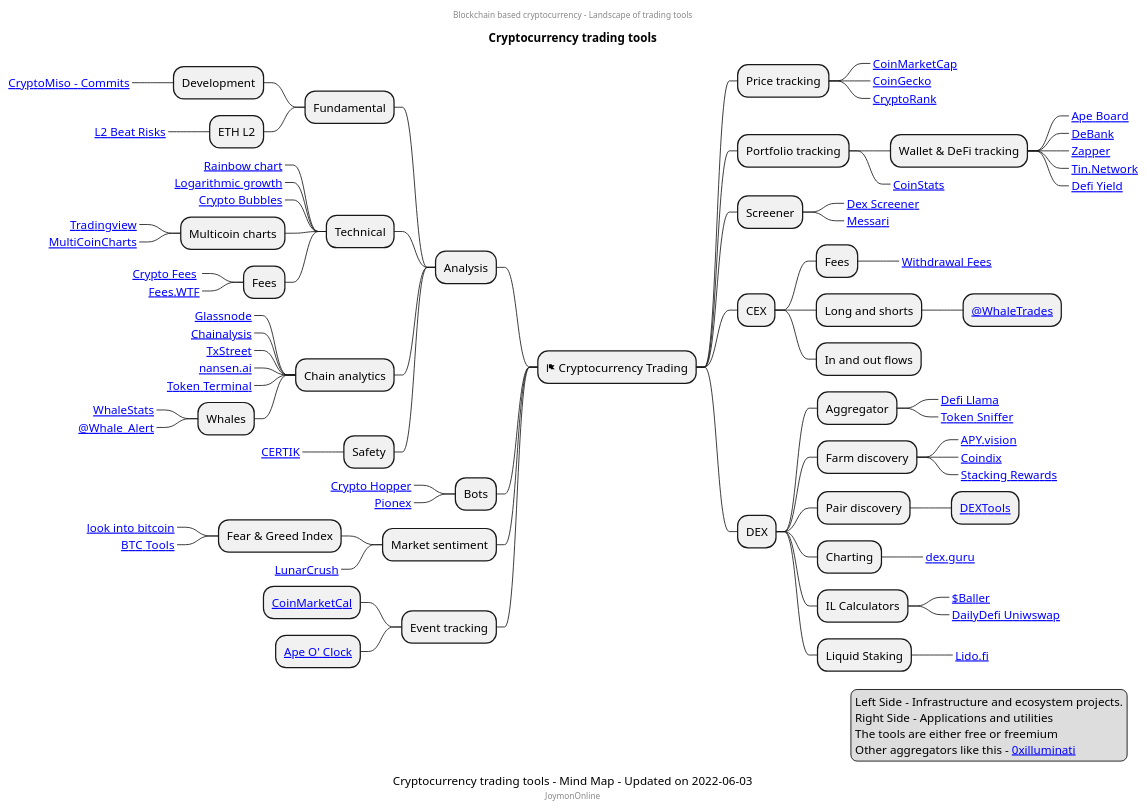
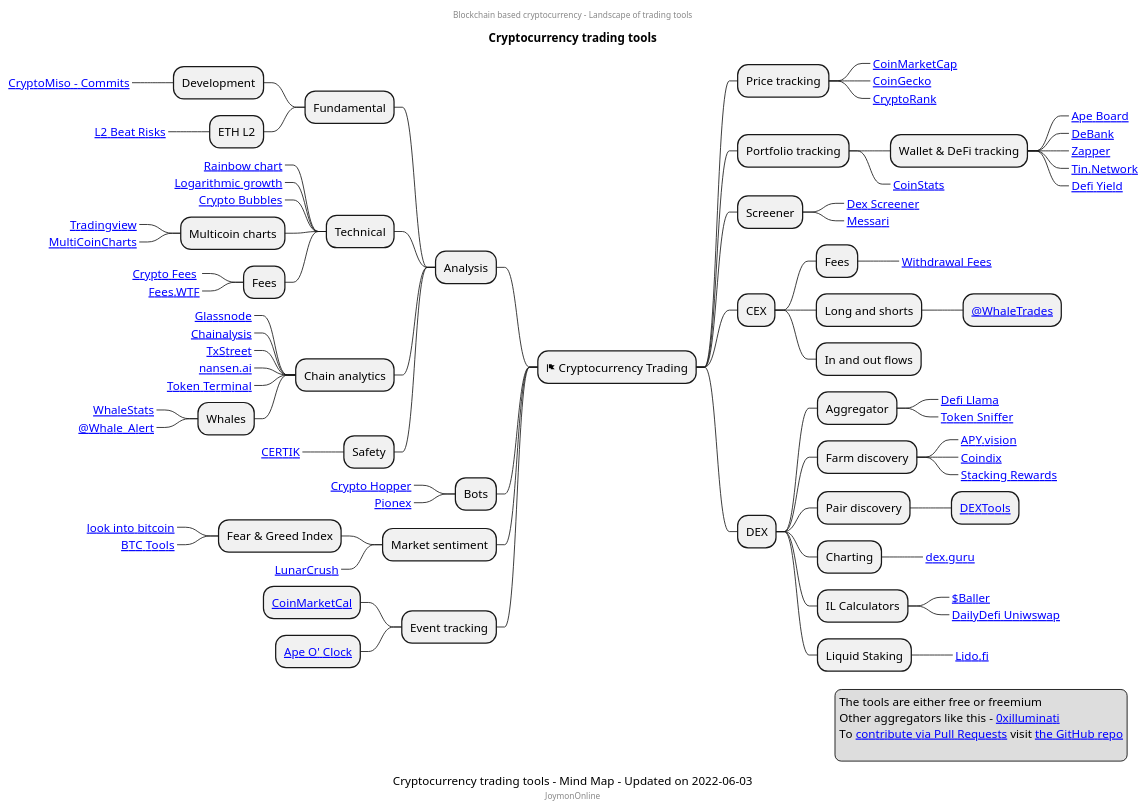
The diagram in cryptocurrency/trading-tools.puml (mind-maps/blockchain), drawn with PlantUML before and after one commit.

```diff
--- a/cryptocurrency/trading-tools.puml
+++ b/cryptocurrency/trading-tools.puml
@@ -1,103 +1,103 @@
 @startmindmap
 center header
 Blockchain based cryptocurrency - Landscape of trading tools
 endheader
 title Cryptocurrency trading tools
 center footer JoymonOnline
 * <&flag> Cryptocurrency Trading
 ** Price tracking
 ***_ [[https://coinmarketcap.com/ CoinMarketCap]]
 ***_ [[https://www.coingecko.com/ CoinGecko]]
 ***_ [[https://cryptorank.io/trending CryptoRank]]
 
 ** Portfolio tracking
 *** Wallet & DeFi tracking
 ****_ [[https://apeboard.finance Ape Board]]
 ****_ [[https://debank.com/ DeBank]]
 ****_ [[https://zapper.fi/ Zapper]]
 ****_ [[https://tin.network/ Tin.Network]]
 ****_ [[https://defiyield.app/dashboard Defi Yield]]
 ***_ [[https://coinstats.app CoinStats]]
 /' ** Visualizers, Charting
 ***_ [[https://l2beat.com/ L2 Beat]]
 '/
 ** Screener
 ***_ [[https://dexscreener.com Dex Screener]]
 ***_ [[https://messari.io/screener Messari]]
 ** CEX
 *** Fees
 ****_ [[https://withdrawalfees.com/ Withdrawal Fees]]
 *** Long and shorts
 **** [[https://twitter.com/WhaleTrades @WhaleTrades]]
 *** In and out flows
 ** DEX
 *** Aggregator
 ****_ [[https://defillama.com/ Defi Llama]]
 ****_ [[https://tokensniffer.com/ Token Sniffer]]
 *** Farm discovery
 ****_ [[https://app.apy.vision APY.vision]]
 ****_ [[https://coindix.com/ Coindix]]
 ****_ [[https://stakingrewards.com Stacking Rewards]]
 *** Pair discovery
 **** [[https://dextools.io DEXTools]]
 *** Charting
 ****_ [[ https://dex.guru/ dex.guru]]
 *** IL Calculators
 ****_ [[https://baller.netlify.app/ $Baller]]
 ****_ [[https://dailydefi.org/tools/impermanent-loss-calculator/ DailyDefi Uniwswap]]
 *** Liquid Staking
 ****_ [[https://lido.fi/ Lido.fi]]
 Left Side
 
 ** Analysis
 ***  Fundamental
 **** Development
 *****_ [[https://www.cryptomiso.com/months_3.html CryptoMiso - Commits]]
 **** ETH L2
 *****_ [[https://l2beat.com/?view=risk L2 Beat Risks]]
 *** Technical
 ****_ [[https://www.blockchaincenter.net/en/bitcoin-rainbow-chart/ Rainbow chart]]
 ****_ [[https://www.lookintobitcoin.com/charts/bitcoin-logarithmic-growth-curve/ Logarithmic growth]]
 ****_ [[https://cryptobubbles.net/ Crypto Bubbles]]
 **** Multicoin charts
 *****_ [[https://www.tradingview.com/ Tradingview]]
 *****_ [[https://www.multicoincharts.com/ MultiCoinCharts]]
 **** Fees
 *****_ [[https://cryptofees.info/ Crypto Fees ]]
 *****_ [[https://fees.wtf/#/ Fees.WTF]]
 *** Chain analytics
 ****_ [[https://studio.glassnode.com Glassnode]]
 ****_ [[https://markets.chainalysis.com Chainalysis]]
 ****_ [[https://txstreet.com/ TxStreet]]
 ****_ [[https://www.nansen.ai/ nansen.ai]]
 ****_ [[https://tokenterminal.com/ Token Terminal]]
 **** Whales
 *****_ [[https://www.whalestats.com/analysis-of-the-top-100-eth-wallets WhaleStats]]
 *****_ [[https://twitter.com/whale_alert @Whale_Alert]]
 *** Safety
 ****_ [[https://www.certik.com/ CERTIK]]
 /' ** APIs
 *** Chain
 ****_ [[https://nownodes.io/pricing NowNodes]]
 '/
 ** Bots
 ***_ [[https://www.cryptohopper.com/ Crypto Hopper]]
 ***_ [[https://www.pionex.com/ Pionex]]
 ** Market sentiment
 *** Fear & Greed Index
 ****_ [[https://www.lookintobitcoin.com/charts/bitcoin-fear-and-greed-index/ look into bitcoin]]
 ****_ [[https://btctools.io/stats/crypto-fear-and-greed-index BTC Tools]]
 ***_ [[https://lunarcrush.com/markets LunarCrush]]
 ** Event tracking
 *** [[https://coinmarketcal.com CoinMarketCal]]
 *** [[https://apeoclock.com Ape O' Clock]]
 
 legend right
-Left Side - Infrastructure and ecosystem projects.
-Right Side - Applications and utilities
 The tools are either free or freemium
 Other aggregators like this - [[https://0xilluminati.com/1f3a72793fc64eaca86f19a655610d94 0xilluminati]]
+To [[https://docs.github.com/en/get-started/quickstart/contributing-to-projects contribute via Pull Requests]] visit [[https://github.com/mind-maps/blockchain the GitHub repo]]
+
 endlegend
 caption Cryptocurrency trading tools - Mind Map - Updated on 2022-06-03
 
 @endmindmap
```
